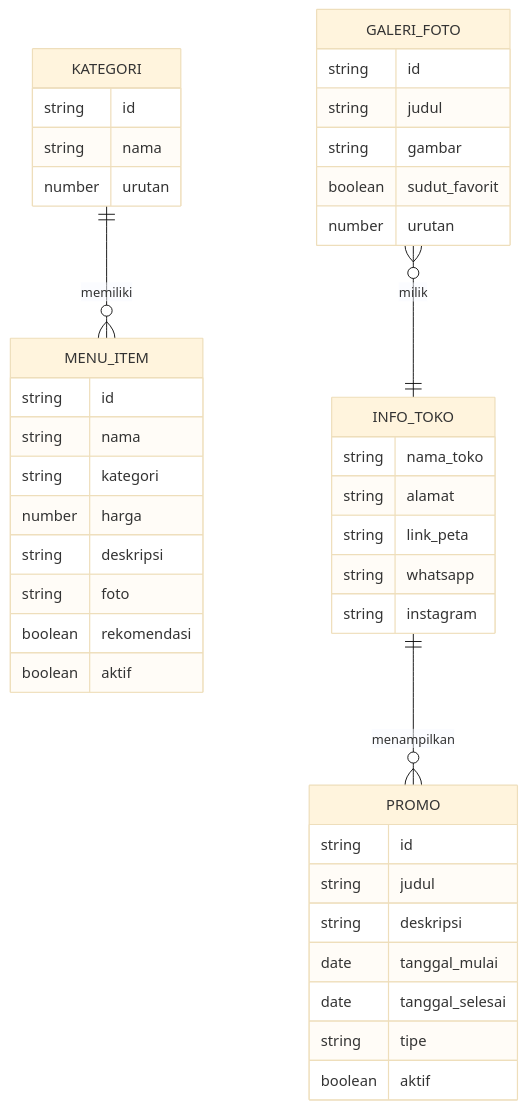
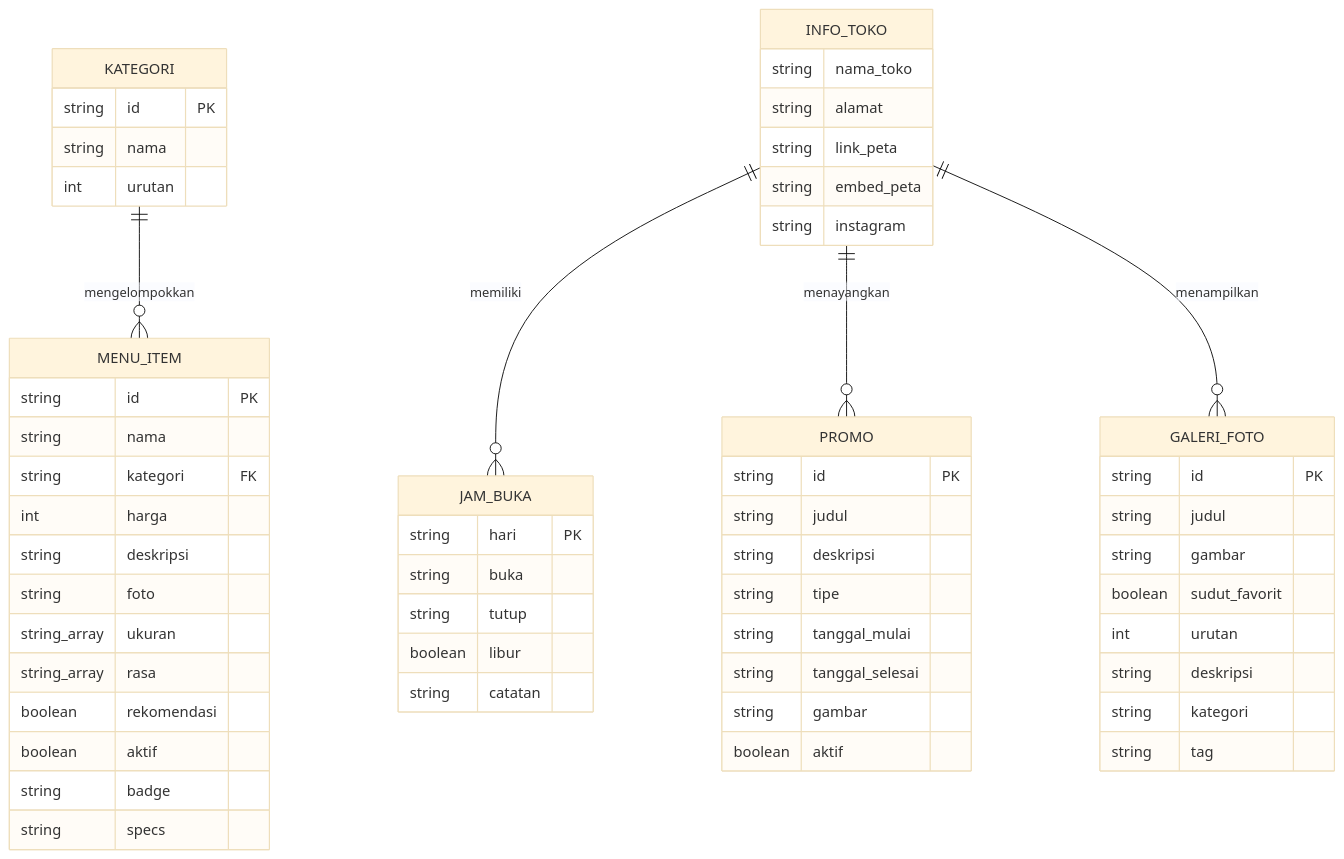
Before and after one commit to WishnuBintung/Kontrakan-Coffee-Web: the second of 2 diagrams in kontrakan-coffee-PRD.md, drawn with Mermaid (base theme). The commit also changed other lines of this file and 1 other file, not shown here.

Commit message:
feat: improvement menu card modal

````diff
--- a/kontrakan-coffee-PRD.md
+++ b/kontrakan-coffee-PRD.md
@@ -175,45 +181,66 @@
 ```mermaid
 erDiagram
-    KATEGORI ||--o{ MENU_ITEM : "memiliki"
-    INFO_TOKO ||--o{ PROMO : "menampilkan"
-    GALERI_FOTO }o--|| INFO_TOKO : "milik"
+    KATEGORI ||--o{ MENU_ITEM : "mengelompokkan"
+    INFO_TOKO ||--o{ JAM_BUKA : "memiliki"
+    INFO_TOKO ||--o{ PROMO : "menayangkan"
+    INFO_TOKO ||--o{ GALERI_FOTO : "menampilkan"
 
     KATEGORI {
-        string id
+        string id PK
         string nama
-        number urutan
+        int urutan
     }
+
     MENU_ITEM {
-        string id
+        string id PK
         string nama
-        string kategori
-        number harga
+        string kategori FK
+        int harga
         string deskripsi
         string foto
+        string_array ukuran
+        string_array rasa
         boolean rekomendasi
         boolean aktif
+        string badge
+        string specs
     }
+
     GALERI_FOTO {
-        string id
+        string id PK
         string judul
         string gambar
         boolean sudut_favorit
-        number urutan
+        int urutan
+        string deskripsi
+        string kategori
+        string tag
     }
+
     INFO_TOKO {
         string nama_toko
         string alamat
         string link_peta
-        string whatsapp
+        string embed_peta
         string instagram
     }
+
+    JAM_BUKA {
+        string hari PK
+        string buka
+        string tutup
+        boolean libur
+        string catatan
+    }
+
     PROMO {
-        string id
+        string id PK
         string judul
         string deskripsi
-        date tanggal_mulai
-        date tanggal_selesai
         string tipe
+        string tanggal_mulai
+        string tanggal_selesai
+        string gambar
         boolean aktif
     }
 ```
````
